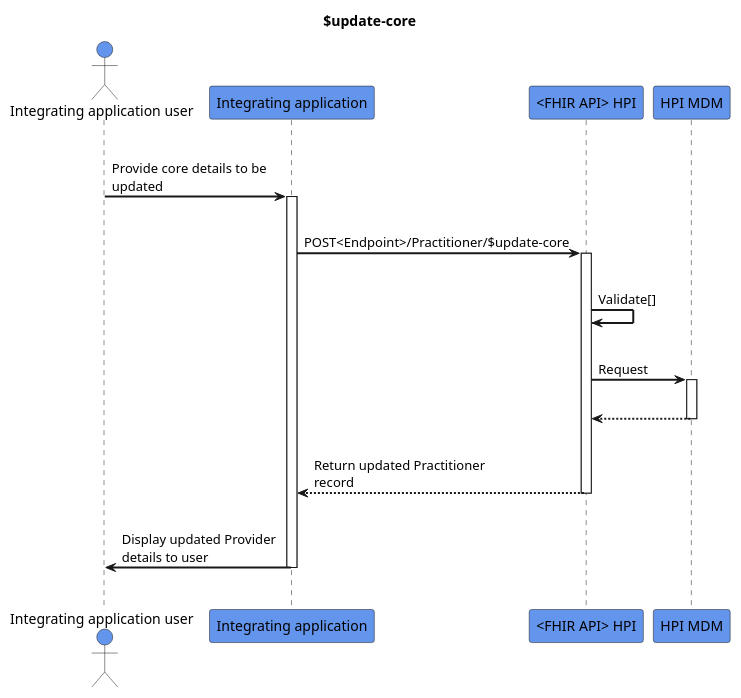
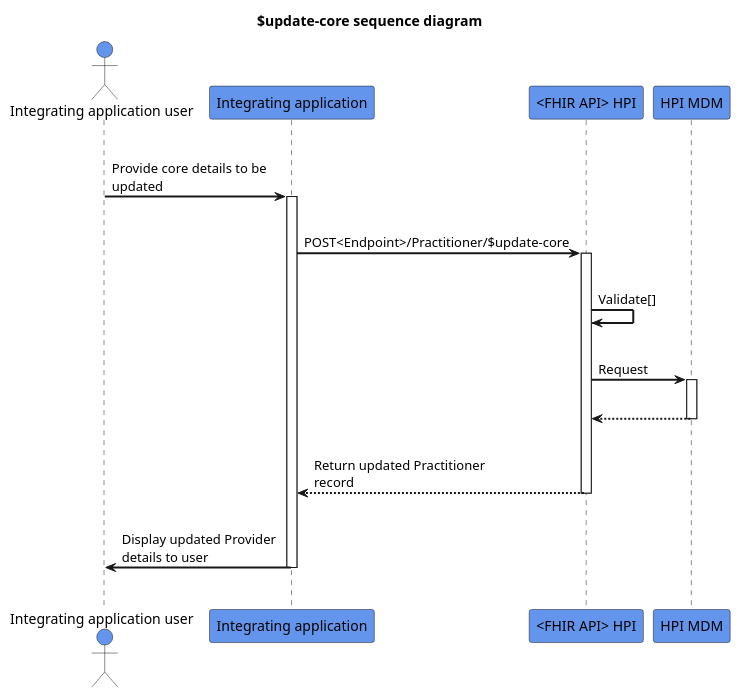
The diagram in input/images-source/update-practitioner-core.plantuml (HL7NZ/hpi), drawn with PlantUML before and after one commit.

```diff
--- a/input/images-source/update-practitioner-core.plantuml
+++ b/input/images-source/update-practitioner-core.plantuml
@@ -1,33 +1,33 @@
 @startuml
 skinparam sequenceArrowThickness 2
 skinparam roundcorner 5
 skinparam maxmessagesize 180
 skinparam sequenceParticipant bold
-title $update-core
+title $update-core sequence diagram
 actor "Integrating application user" as User #CornflowerBlue
 participant "Integrating application" as A #CornflowerBlue
 participant "<FHIR API> HPI" as B #CornflowerBlue
 participant "HPI MDM" as C #CornflowerBlue
 |||
 User -> A: Provide core details to be updated
 activate A
 |||
 A -> B: POST<Endpoint>/Practitioner/$update-core
 activate B
 |||
 B -> B: Validate[]
 |||
 B -> C: Request
 activate C
 |||
 
 C -[dashed]-> B
 deactivate C
 |||
 B -[dashed]-> A: Return updated Practitioner record
 deactivate B
 |||
 A -> User: Display updated Provider details to user
 deactivate A
 |||
 @enduml
```
